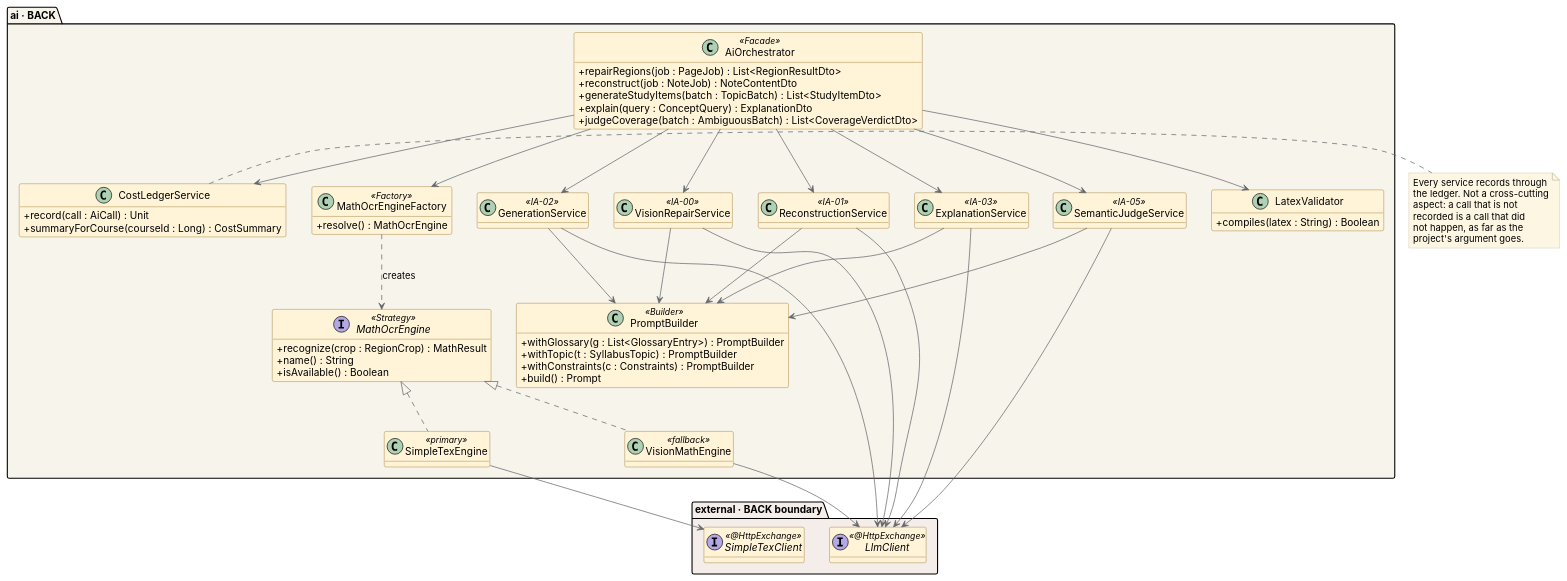
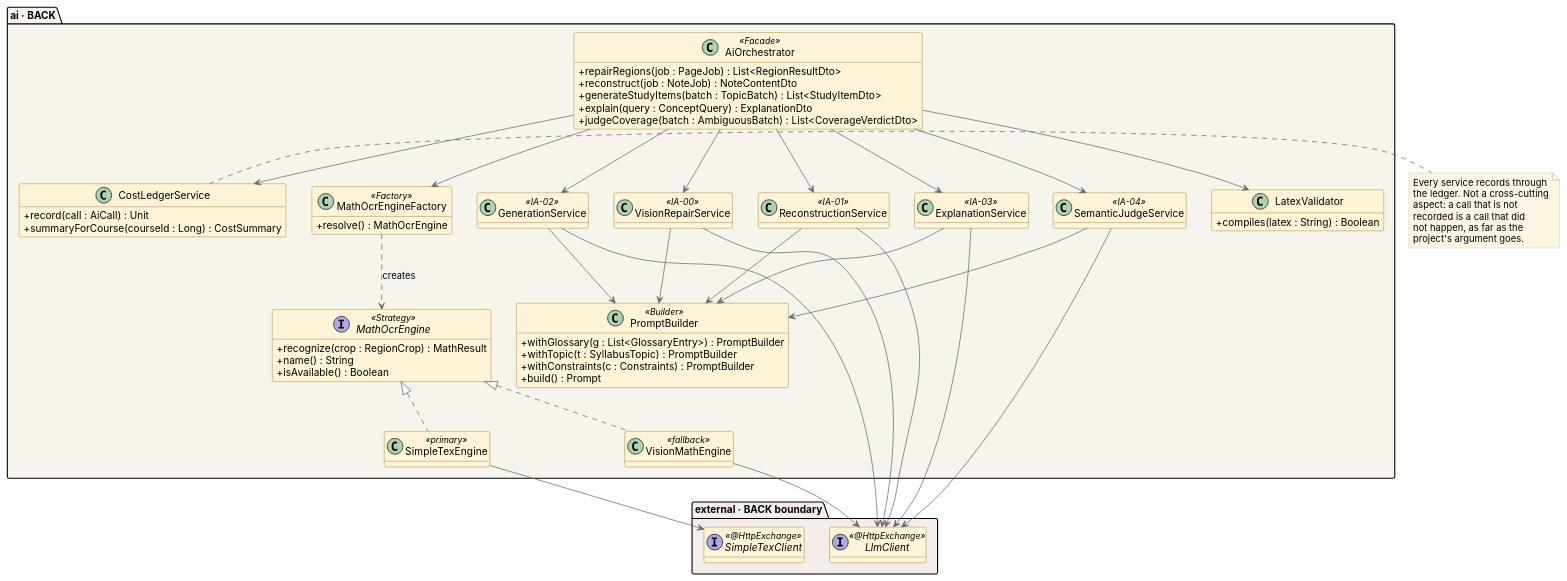
The diagram in docs/uml/11_back_ai_orchestration.puml (Bloodiewormer/Proyecto-Plataformas-Moviles), drawn with PlantUML before and after one commit. The commit also changed 75 other files, not shown here.

First line of the commit message:
feat: implement note persistence, offline sync, and architectural documentation updates

```diff
--- a/docs/uml/11_back_ai_orchestration.puml
+++ b/docs/uml/11_back_ai_orchestration.puml
@@ -1,97 +1,97 @@
 @startuml 11_back_ai_orchestration
 skinparam backgroundColor #FFFFFF
 skinparam shadowing false
 skinparam noteBackgroundColor #FDF6E3
 skinparam noteBorderColor #C4BCA3
 skinparam classAttributeIconSize 0
 skinparam defaultFontName Inter
 skinparam ArrowColor #63666A
 skinparam class {
   BackgroundColor #FFF3D8
   BorderColor #8A6210
 }
 hide empty fields
 
 package "ai · BACK" #F7F4EC {
 
   class AiOrchestrator <<Facade>> {
     + repairRegions(job : PageJob) : List<RegionResultDto>
     + reconstruct(job : NoteJob) : NoteContentDto
     + generateStudyItems(batch : TopicBatch) : List<StudyItemDto>
     + explain(query : ConceptQuery) : ExplanationDto
     + judgeCoverage(batch : AmbiguousBatch) : List<CoverageVerdictDto>
   }
 
   interface MathOcrEngine <<Strategy>> {
     + recognize(crop : RegionCrop) : MathResult
     + name() : String
     + isAvailable() : Boolean
   }
   class SimpleTexEngine <<primary>>
   class VisionMathEngine <<fallback>>
   class MathOcrEngineFactory <<Factory>> {
     + resolve() : MathOcrEngine
   }
 
   class VisionRepairService <<IA-00>>
   class ReconstructionService <<IA-01>>
   class GenerationService <<IA-02>>
   class ExplanationService <<IA-03>>
-  class SemanticJudgeService <<IA-05>>
+  class SemanticJudgeService <<IA-04>>
 
   class PromptBuilder <<Builder>> {
     + withGlossary(g : List<GlossaryEntry>) : PromptBuilder
     + withTopic(t : SyllabusTopic) : PromptBuilder
     + withConstraints(c : Constraints) : PromptBuilder
     + build() : Prompt
   }
   class LatexValidator {
     + compiles(latex : String) : Boolean
   }
   class CostLedgerService {
     + record(call : AiCall) : Unit
     + summaryForCourse(courseId : Long) : CostSummary
   }
 }
 
 package "external · BACK boundary" #F5EDE9 {
   interface SimpleTexClient <<@HttpExchange>>
   interface LlmClient <<@HttpExchange>>
 }
 
 AiOrchestrator --> MathOcrEngineFactory
 AiOrchestrator --> VisionRepairService
 AiOrchestrator --> ReconstructionService
 AiOrchestrator --> GenerationService
 AiOrchestrator --> ExplanationService
 AiOrchestrator --> SemanticJudgeService
 AiOrchestrator --> CostLedgerService
 AiOrchestrator --> LatexValidator
 
 MathOcrEngineFactory ..> MathOcrEngine : creates
 MathOcrEngine <|.. SimpleTexEngine
 MathOcrEngine <|.. VisionMathEngine
 SimpleTexEngine --> SimpleTexClient
 VisionMathEngine --> LlmClient
 
 VisionRepairService --> LlmClient
 ReconstructionService --> LlmClient
 GenerationService --> LlmClient
 ExplanationService --> LlmClient
 SemanticJudgeService --> LlmClient
 
 VisionRepairService --> PromptBuilder
 ReconstructionService --> PromptBuilder
 GenerationService --> PromptBuilder
 ExplanationService --> PromptBuilder
 SemanticJudgeService --> PromptBuilder
 
 note right of CostLedgerService
   Every service records through
   the ledger. Not a cross-cutting
   aspect: a call that is not
   recorded is a call that did
   not happen, as far as the
   project's argument goes.
 end note
 @enduml
```
